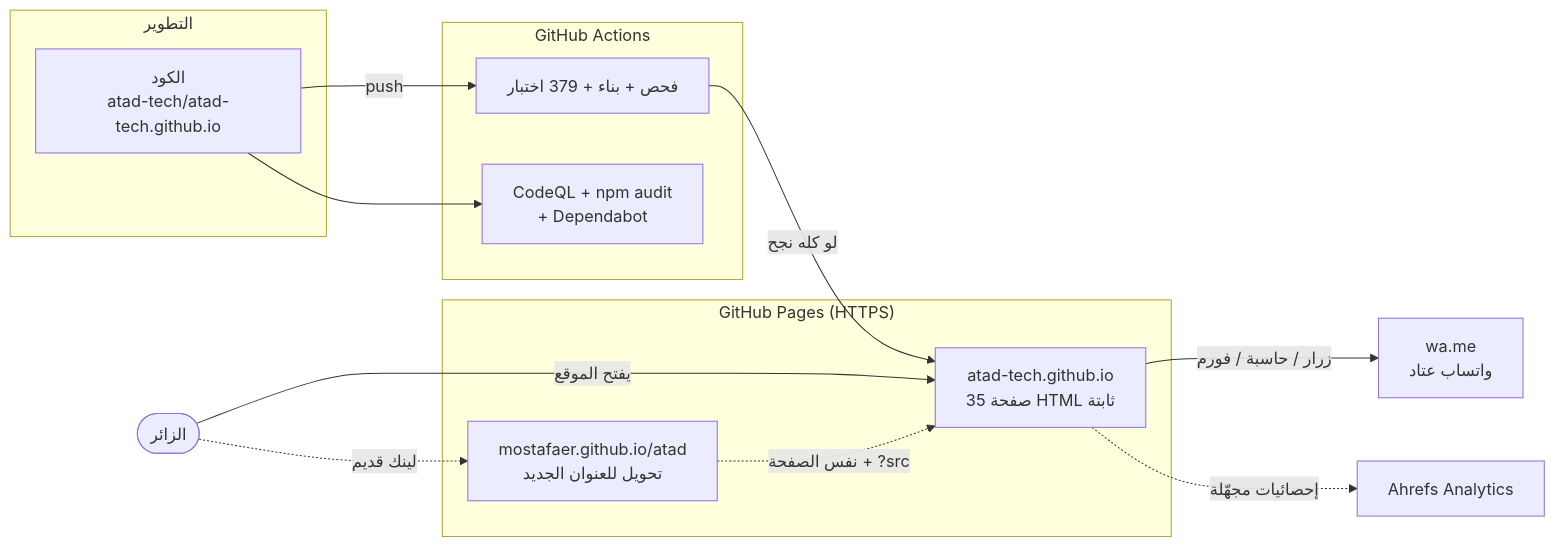
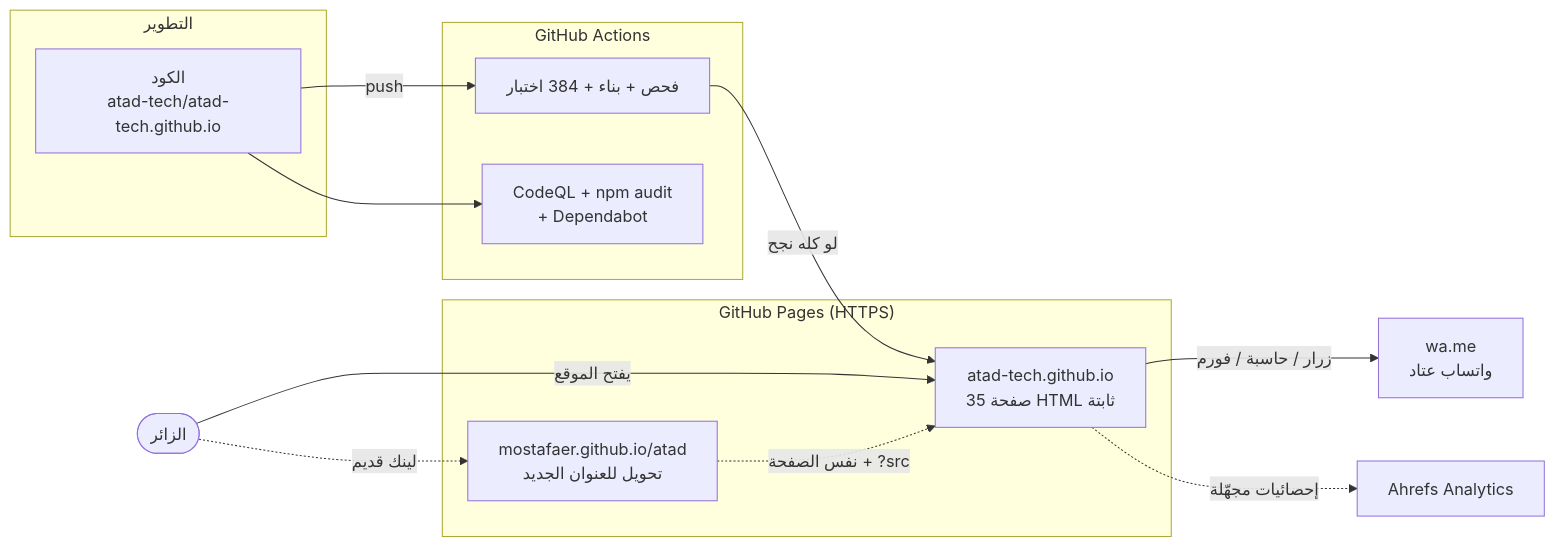
The first of 5 diagrams in docs/ARCHITECTURE.md (atad-tech/atad-tech.github.io), drawn with Mermaid before and after one commit. The commit also changed 12 other files, not shown here.

````diff
--- a/docs/ARCHITECTURE.md
+++ b/docs/ARCHITECTURE.md
@@ -7,25 +7,25 @@
 ```mermaid
 flowchart LR
     subgraph Dev["التطوير"]
         Code["الكود<br/>atad-tech/atad-tech.github.io"]
     end
     subgraph CI["GitHub Actions"]
-        Test["فحص + بناء + 379 اختبار"]
+        Test["فحص + بناء + 384 اختبار"]
         Scan["CodeQL + npm audit<br/>+ Dependabot"]
     end
     subgraph Host["GitHub Pages (HTTPS)"]
         Site["atad-tech.github.io<br/>35 صفحة HTML ثابتة"]
         Old["mostafaer.github.io/atad<br/>تحويل للعنوان الجديد"]
     end
     Visitor(["الزائر"])
     WA["wa.me<br/>واتساب عتاد"]
     Ahrefs["Ahrefs Analytics"]
 
     Code -->|push| Test
     Code --> Scan
     Test -->|"لو كله نجح"| Site
     Visitor -->|"يفتح الموقع"| Site
     Visitor -.->|"لينك قديم"| Old -.->|"نفس الصفحة + ?src"| Site
     Site -->|"زرار / حاسبة / فورم"| WA
     Site -.->|"إحصائيات مجهّلة"| Ahrefs
 ```
````
